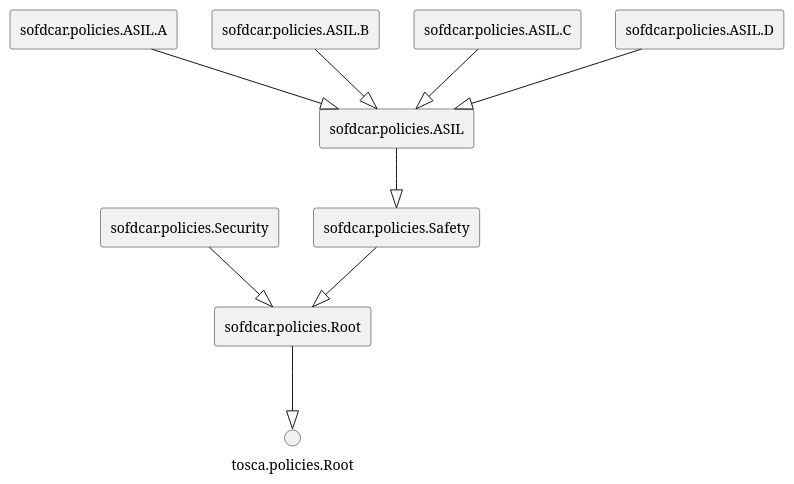
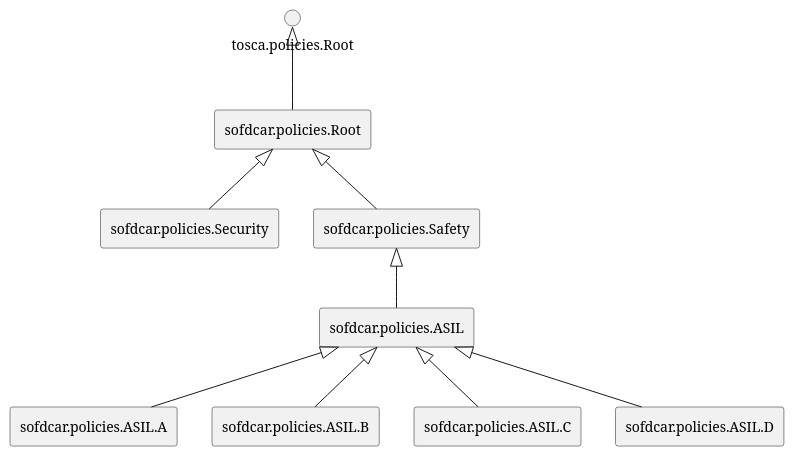
The diagram in docs/docs/sofdcar/tosca-sofdcar-profile.policy-types.puml (OpenTOSCA/opentosca-vintner), drawn with PlantUML before and after one commit. The commit also changed 28 other files, not shown here.

```diff
--- a/docs/docs/sofdcar/tosca-sofdcar-profile.policy-types.puml
+++ b/docs/docs/sofdcar/tosca-sofdcar-profile.policy-types.puml
@@ -1,38 +1,38 @@
 @startuml
 skinparam componentStyle rectangle
 
 
 rectangle "sofdcar.policies.Root"
 
 rectangle "sofdcar.policies.Security"
 
 rectangle "sofdcar.policies.Safety"
 
 rectangle "sofdcar.policies.ASIL"
 
 rectangle "sofdcar.policies.ASIL.A"
 
 rectangle "sofdcar.policies.ASIL.B"
 
 rectangle "sofdcar.policies.ASIL.C"
 
 rectangle "sofdcar.policies.ASIL.D"
 
 
-"sofdcar.policies.Root" --|> "tosca.policies.Root"
+"tosca.policies.Root" <|-- "sofdcar.policies.Root"
 
-"sofdcar.policies.Security" --|> "sofdcar.policies.Root"
+"sofdcar.policies.Root" <|-- "sofdcar.policies.Security"
 
-"sofdcar.policies.Safety" --|> "sofdcar.policies.Root"
+"sofdcar.policies.Root" <|-- "sofdcar.policies.Safety"
 
-"sofdcar.policies.ASIL" --|> "sofdcar.policies.Safety"
+"sofdcar.policies.Safety" <|-- "sofdcar.policies.ASIL"
 
-"sofdcar.policies.ASIL.A" --|> "sofdcar.policies.ASIL"
+"sofdcar.policies.ASIL" <|-- "sofdcar.policies.ASIL.A"
 
-"sofdcar.policies.ASIL.B" --|> "sofdcar.policies.ASIL"
+"sofdcar.policies.ASIL" <|-- "sofdcar.policies.ASIL.B"
 
-"sofdcar.policies.ASIL.C" --|> "sofdcar.policies.ASIL"
+"sofdcar.policies.ASIL" <|-- "sofdcar.policies.ASIL.C"
 
-"sofdcar.policies.ASIL.D" --|> "sofdcar.policies.ASIL"
+"sofdcar.policies.ASIL" <|-- "sofdcar.policies.ASIL.D"
 
 @enduml
```
